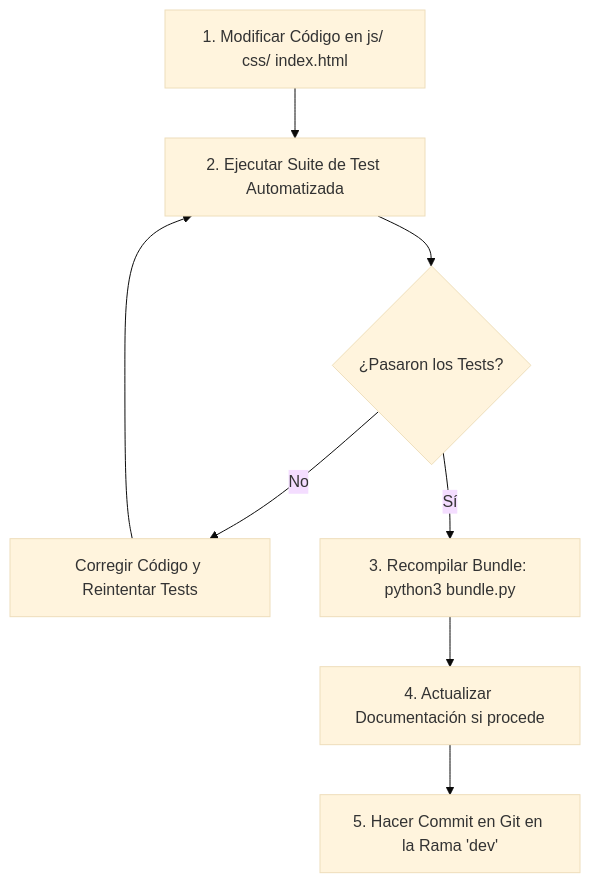
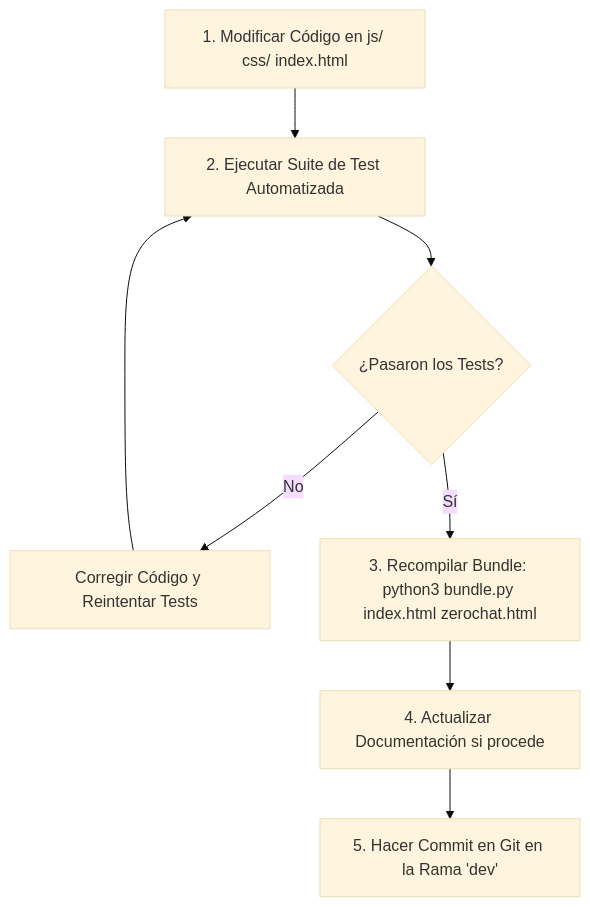
One commit to albalday/chatcli changed the diagram in AGENT_GUIDELINES.md. Above: the diagram before and after it, drawn with Mermaid (base theme). The commit also changed other lines of this file and 7 other files, not shown here.

````diff
--- a/AGENT_GUIDELINES.md
+++ b/AGENT_GUIDELINES.md
@@ -27,10 +27,10 @@
 ```mermaid
 flowchart TD
     A[1. Modificar Código en js/ css/ index.html] --> B[2. Ejecutar Suite de Test Automatizada]
     B --> C{¿Pasaron los Tests?}
     C -- No --> D[Corregir Código y Reintentar Tests]
     D --> B
-    C -- Sí --> E[3. Recompilar Bundle: python3 bundle.py]
+    C -- Sí --> E[3. Recompilar Bundle: python3 bundle.py index.html zerochat.html]
     E --> F[4. Actualizar Documentación si procede]
     F --> G[5. Hacer Commit en Git en la Rama 'dev']
 ```
````
